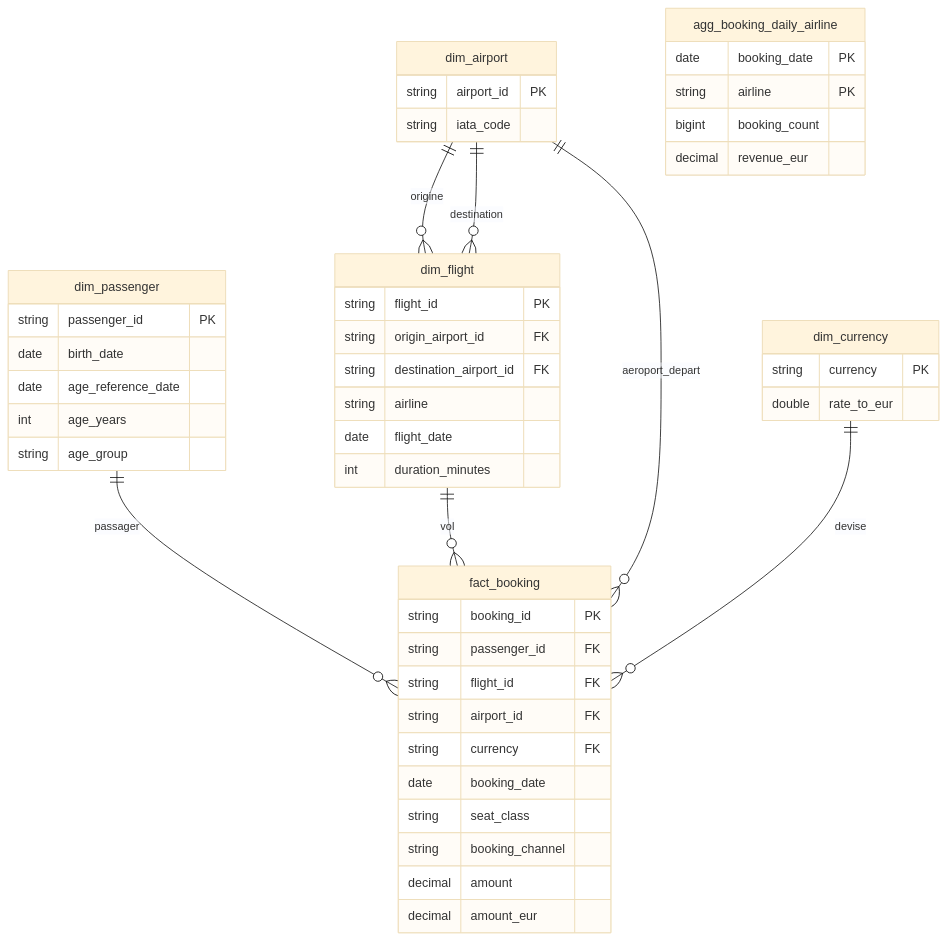
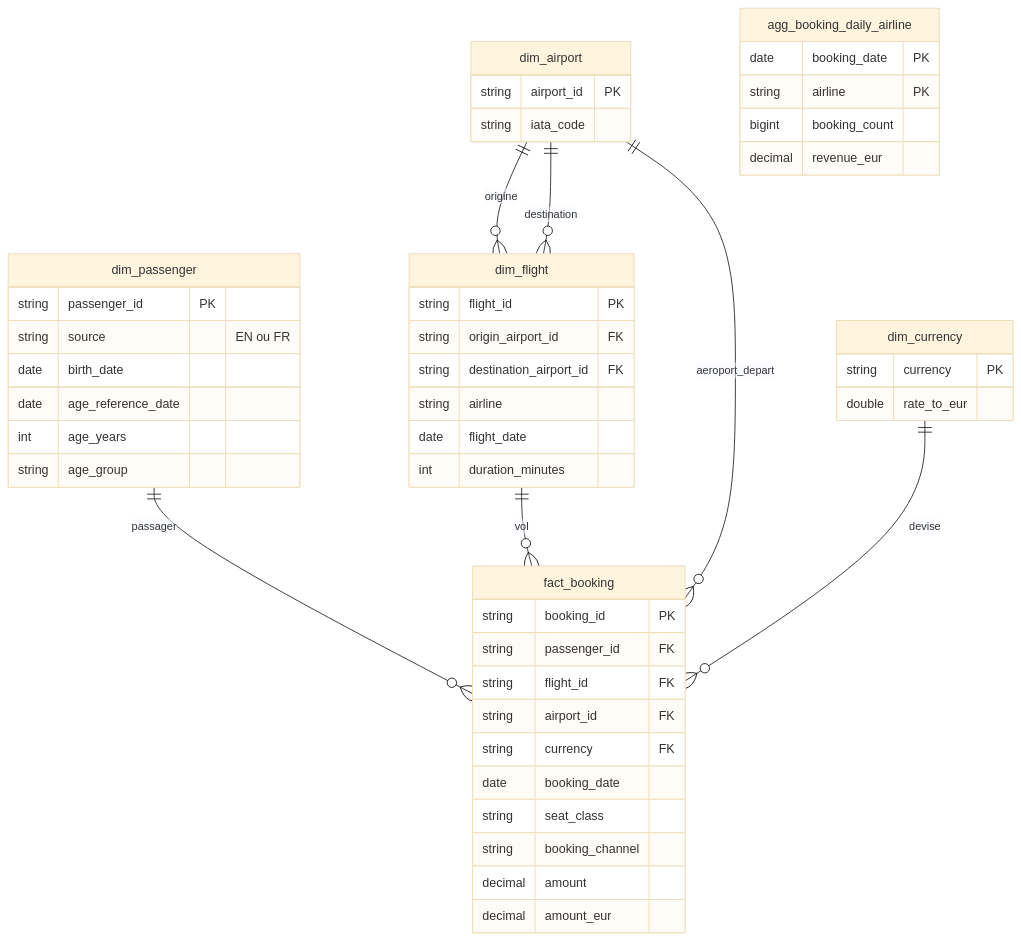
The diagram in DOCUMENTATION.md (PolySim/projet_data), drawn with Mermaid (base theme) before and after one commit. The commit also changed other lines of this file and 6 other files, not shown here.

````diff
--- a/DOCUMENTATION.md
+++ b/DOCUMENTATION.md
@@ -59,51 +61,52 @@
 ```mermaid
 erDiagram
     dim_passenger ||--o{ fact_booking : passager
     dim_flight ||--o{ fact_booking : vol
     dim_airport ||--o{ fact_booking : aeroport_depart
     dim_currency ||--o{ fact_booking : devise
     dim_airport ||--o{ dim_flight : origine
     dim_airport ||--o{ dim_flight : destination
 
     fact_booking {
         string booking_id PK
         string passenger_id FK
         string flight_id FK
         string airport_id FK
         string currency FK
         date booking_date
         string seat_class
         string booking_channel
         decimal amount
         decimal amount_eur
     }
     dim_passenger {
         string passenger_id PK
+        string source "EN ou FR"
         date birth_date
         date age_reference_date
         int age_years
         string age_group
     }
     dim_flight {
         string flight_id PK
         string origin_airport_id FK
         string destination_airport_id FK
         string airline
         date flight_date
         int duration_minutes
     }
     dim_airport {
         string airport_id PK
         string iata_code
     }
     dim_currency {
         string currency PK
         double rate_to_eur
     }
     agg_booking_daily_airline {
         date booking_date PK
         string airline PK
         bigint booking_count
         decimal revenue_eur
     }
 ```
````
